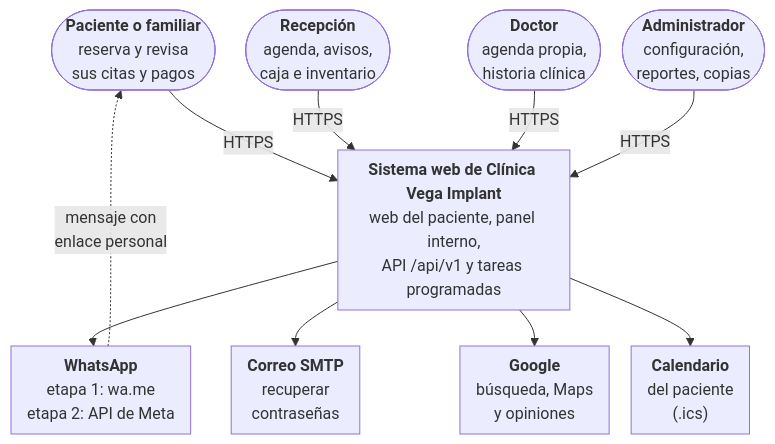
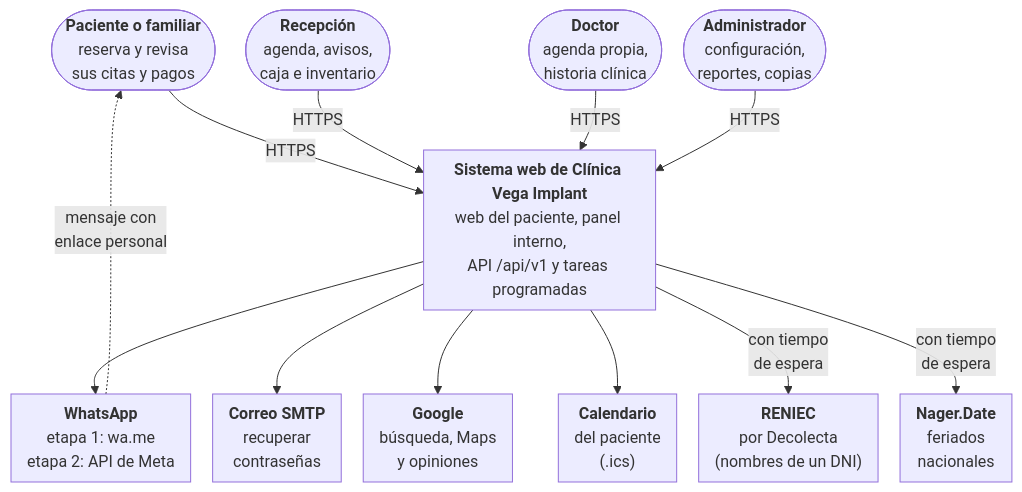
Before and after one commit to francalizaya266-sudo/venga-implantes: the diagram in docs/entregables/E1-requerimientos-y-diseno/diagramas/c1-contexto.mmd, drawn with Mermaid. The commit also changed 19 other files, not shown here.

```diff
--- a/docs/entregables/E1-requerimientos-y-diseno/diagramas/c1-contexto.mmd
+++ b/docs/entregables/E1-requerimientos-y-diseno/diagramas/c1-contexto.mmd
@@ -1,14 +1,17 @@
 %%{init: {"flowchart": {"nodeSpacing": 22, "rankSpacing": 36, "padding": 8}}}%%
 flowchart TB
   pac(["<b>Paciente o familiar</b><br/>reserva y revisa<br/>sus citas y pagos"])
   rec(["<b>Recepción</b><br/>agenda, avisos,<br/>caja e inventario"])
   doc(["<b>Doctor</b><br/>agenda propia,<br/>historia clínica"])
   adm(["<b>Administrador</b><br/>configuración,<br/>reportes, copias"])
   sis["<b>Sistema web de Clínica Vega Implant</b><br/>web del paciente, panel interno,<br/>API /api/v1 y tareas programadas"]
   wa["<b>WhatsApp</b><br/>etapa 1: wa.me<br/>etapa 2: API de Meta"]
   mail["<b>Correo SMTP</b><br/>recuperar<br/>contraseñas"]
   goo["<b>Google</b><br/>búsqueda, Maps<br/>y opiniones"]
   cal["<b>Calendario</b><br/>del paciente<br/>(.ics)"]
+  dni["<b>RENIEC</b><br/>por Decolecta<br/>(nombres de un DNI)"]
+  fer["<b>Nager.Date</b><br/>feriados<br/>nacionales"]
   pac & rec & doc & adm -- "HTTPS" --> sis
   sis --> wa & mail & goo & cal
+  sis -- "con tiempo<br/>de espera" --> dni & fer
   wa -. "mensaje con<br/>enlace personal" .-> pac
```
